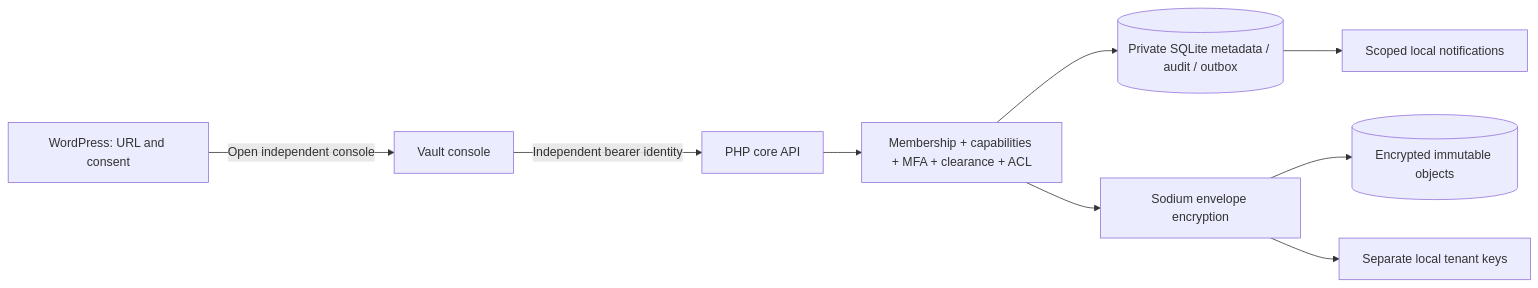
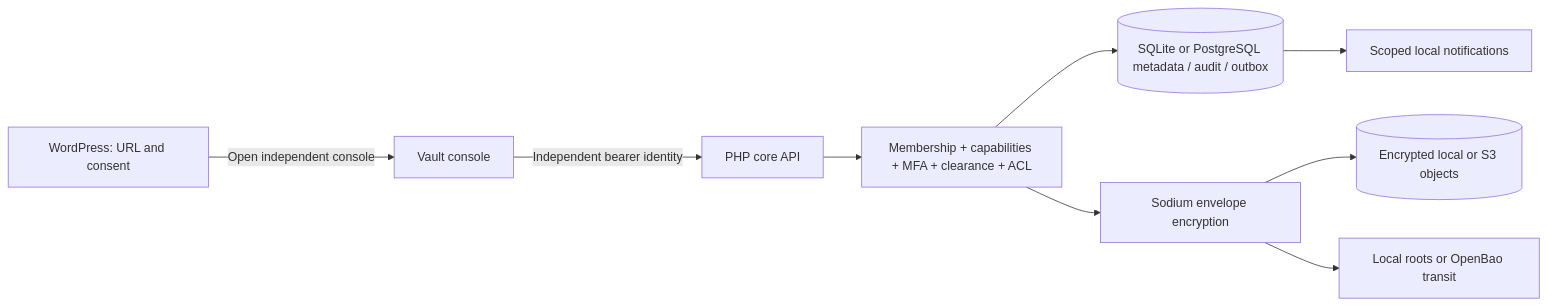
The diagram in README.md (ildrm/wordpress-subsidiary-vault-knowledge-management), drawn with Mermaid before and after one commit. The commit also changed other lines of this file and 87 other files, not shown here.

````diff
--- a/README.md
+++ b/README.md
@@ -95,11 +111,11 @@
 ```mermaid
 flowchart LR
     WP[WordPress: URL and consent] -->|Open independent console| WEB[Vault console]
     WEB -->|Independent bearer identity| API[PHP core API]
     API --> POLICY[Membership + capabilities + MFA + clearance + ACL]
-    POLICY --> DB[(Private SQLite metadata / audit / outbox)]
+    POLICY --> DB[(SQLite or PostgreSQL metadata / audit / outbox)]
     POLICY --> ENC[Sodium envelope encryption]
-    ENC --> OBJECTS[(Encrypted immutable objects)]
-    ENC --> KEYS[Separate local tenant keys]
+    ENC --> OBJECTS[(Encrypted local or S3 objects)]
+    ENC --> KEYS[Local roots or OpenBao transit]
     DB --> WORKER[Scoped local notifications]
 ```
````
